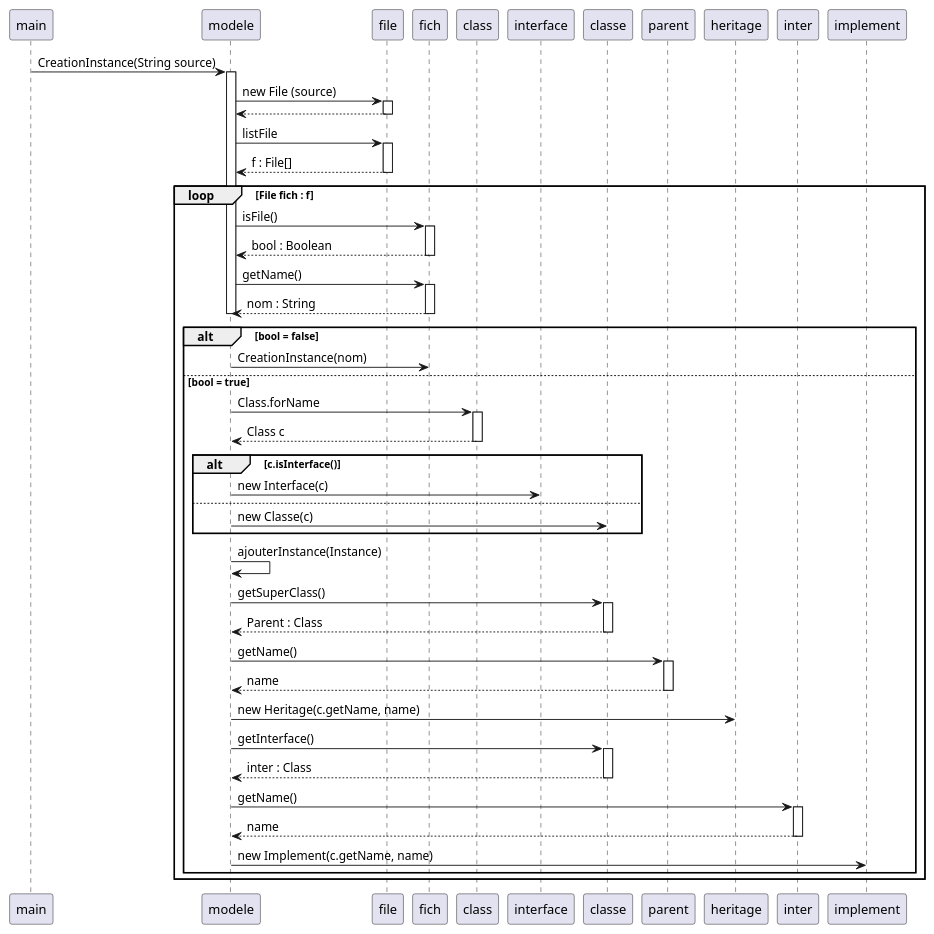
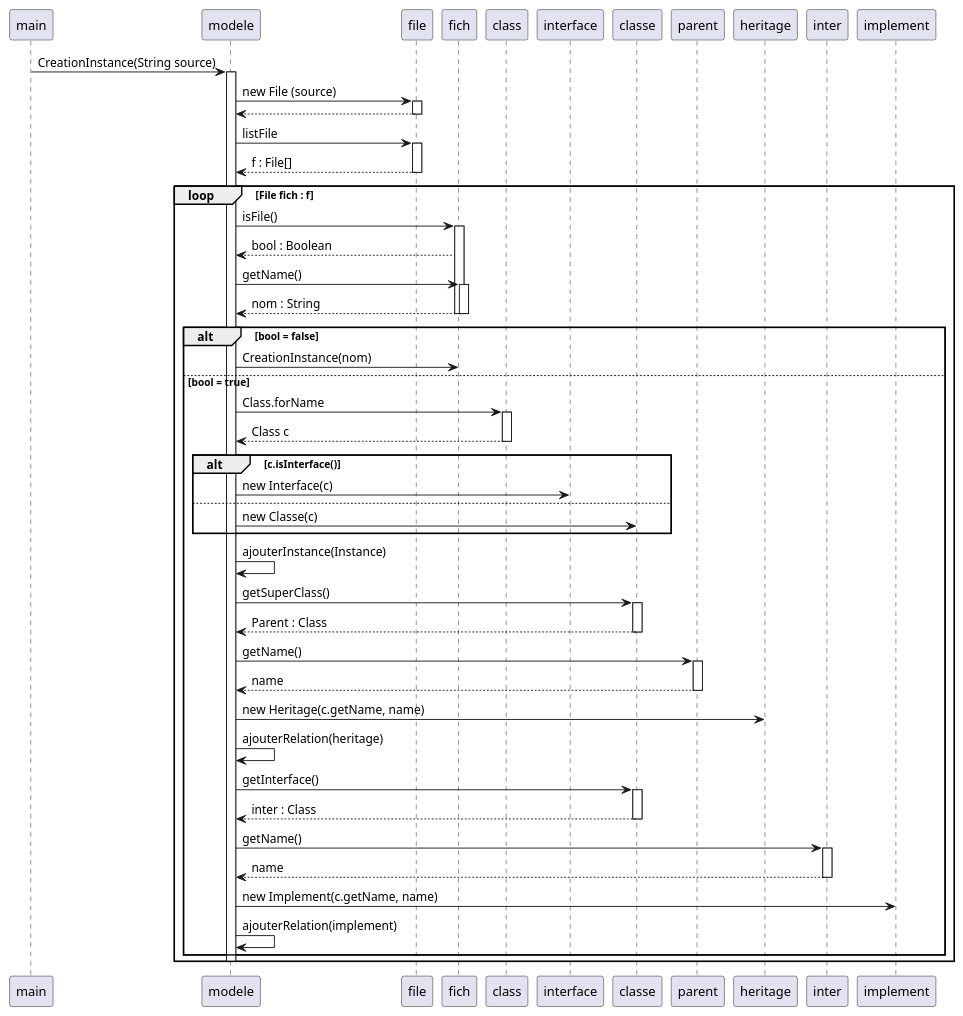
One commit to Cedran-Bastien/GENERATION-AUTOMATIQUE-DE-DIAGRAMME-DE-CLASSES changed the diagram in demo/Conception/Sprint_1/Sequ_Constructeur_modele.puml. Above: the diagram before and after it, drawn with PlantUML. The commit also changed 5 other files, not shown here.

```diff
--- a/demo/Conception/Sprint_1/Sequ_Constructeur_modele.puml
+++ b/demo/Conception/Sprint_1/Sequ_Constructeur_modele.puml
@@ -1,73 +1,77 @@
 @startuml
 'https://plantuml.com/sequence-diagram
 
 participant main
 participant modele
 participant file
 participant fich
 participant class
 
 main->modele : CreationInstance(String source)
 activate modele
 modele ->file : new File (source)
 activate file
 file-->modele
 deactivate file
 modele->file : listFile
 activate file
 file-->modele : f : File[]
 deactivate file
 
 loop File fich : f
 modele->fich : isFile()
 activate fich
 fich-->modele : bool : Boolean
 
-deactivate
+
 modele->fich : getName()
 activate fich
 fich-->modele : nom : String
-deactivate
+deactivate fich
 
 alt bool = false
 deactivate
 modele->fich : CreationInstance(nom)
 else bool = true
 modele ->class : Class.forName
 activate class
 class-->modele : Class c
 deactivate class
 alt c.isInterface()
 modele->interface : new Interface(c)
 else
 modele->classe : new Classe(c)
 end
 modele->modele : ajouterInstance(Instance)
 
 modele -> classe : getSuperClass()
 activate classe
 classe --> modele : Parent : Class
 deactivate classe
 
 modele -> parent : getName()
 activate parent
 parent-->modele : name
 deactivate parent
 modele->heritage : new Heritage(c.getName, name)
+modele->modele : ajouterRelation(heritage)
+
 
 modele -> classe : getInterface()
 activate classe
 classe --> modele : inter : Class
 deactivate classe
 
 modele -> inter : getName()
 activate inter
 inter-->modele : name
 deactivate inter
 modele->implement : new Implement(c.getName, name)
+modele->modele : ajouterRelation(implement)
+
 end
-
+deactivate modele
 end
 
 
 @enduml
```
